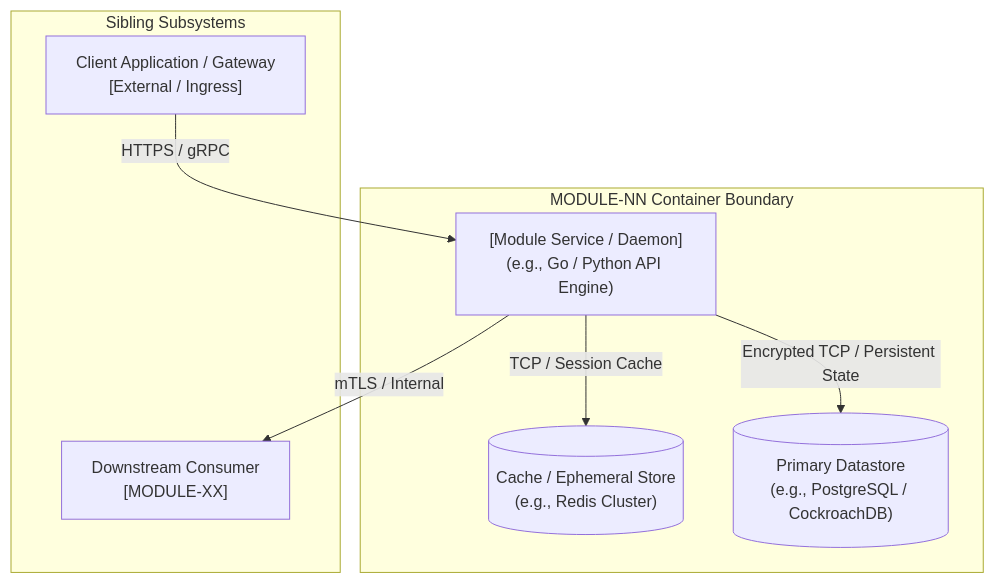
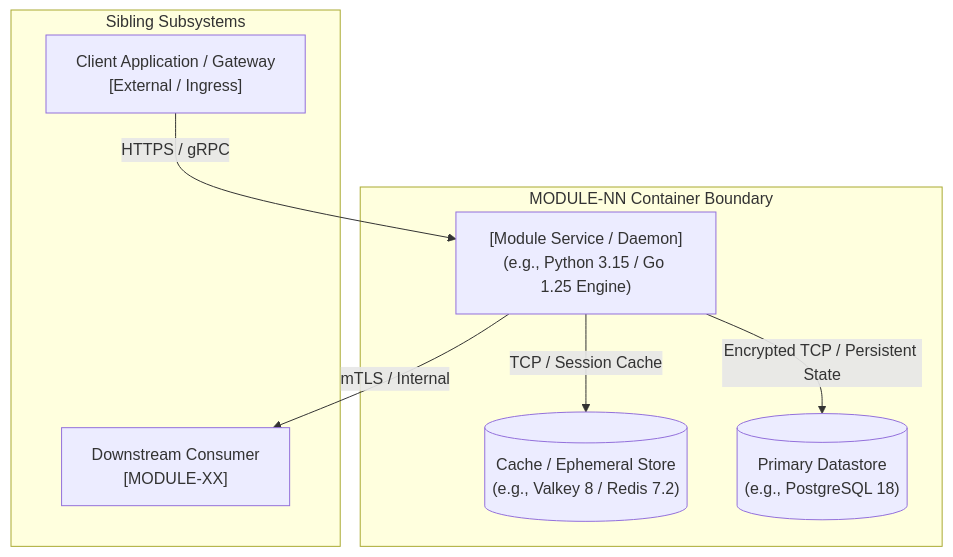
One commit to vladm3105/aidoc-flow-framework changed the first of 3 diagrams in framework/templates/MODULE-TEMPLATE.md. Above: the diagram before and after it, drawn with Mermaid. The commit also changed other lines of this file and 226 other files, not shown here.

````diff
--- a/framework/templates/MODULE-TEMPLATE.md
+++ b/framework/templates/MODULE-TEMPLATE.md
@@ -56,18 +56,18 @@
 ```mermaid
 graph TB
     subgraph SiblingContainers["Sibling Subsystems"]
         ClientApp["Client Application / Gateway<br/>[External / Ingress]"]
         DownstreamService["Downstream Consumer<br/>[MODULE-XX]"]
     end
 
     subgraph ModuleBoundary["MODULE-NN Container Boundary"]
-        MainService["[Module Service / Daemon]<br/>(e.g., Go / Python API Engine)"]
-        CacheStore[("Cache / Ephemeral Store<br/>(e.g., Redis Cluster)")]
-        PrimaryDB[("Primary Datastore<br/>(e.g., PostgreSQL / CockroachDB)")]
+        MainService["[Module Service / Daemon]<br/>(e.g., Python 3.15 / Go 1.25 Engine)"]
+        CacheStore[("Cache / Ephemeral Store<br/>(e.g., Valkey 8 / Redis 7.2)")]
+        PrimaryDB[("Primary Datastore<br/>(e.g., PostgreSQL 18)")]
     end
 
     ClientApp -->|HTTPS / gRPC| MainService
     MainService -->|mTLS / Internal| DownstreamService
     MainService -->|TCP / Session Cache| CacheStore
     MainService -->|Encrypted TCP / Persistent State| PrimaryDB
 ```
````
